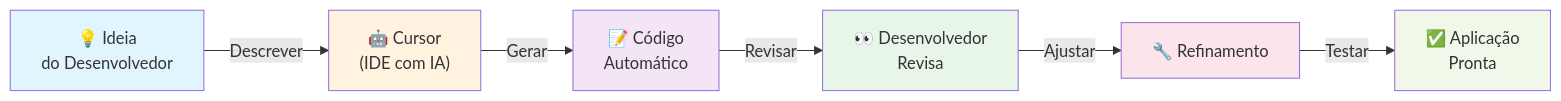
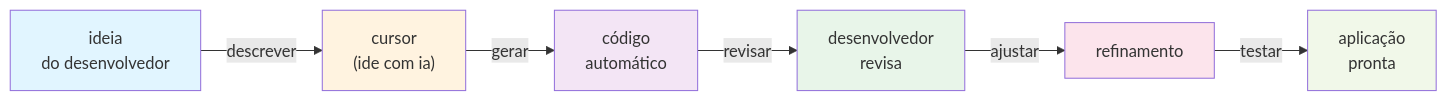
Before and after one commit to otavio-lemos/fudAI-se: the fourth of 11 diagrams in README.md, drawn with Mermaid. The commit also changed other lines of this file and 2 other files, not shown here.

````diff
--- a/README.md
+++ b/README.md
@@ -725,15 +734,15 @@
 ```mermaid
 graph LR
-    A["💡 Ideia<br/>do Desenvolvedor"] -->|Descrever| B["🤖 Cursor<br/>(IDE com IA)"]
-    B -->|Gerar| C["📝 Código<br/>Automático"]
-    C -->|Revisar| D["👀 Desenvolvedor<br/>Revisa"]
-    D -->|Ajustar| E["🔧 Refinamento"]
-    E -->|Testar| F["✅ Aplicação<br/>Pronta"]
+    a["ideia<br/>do desenvolvedor"] -->|descrever| b["cursor<br/>(ide com ia)"]
+    b -->|gerar| c["código<br/>automático"]
+    c -->|revisar| d["desenvolvedor<br/>revisa"]
+    d -->|ajustar| e["refinamento"]
+    e -->|testar| f["aplicação<br/>pronta"]
     
-    style A fill:#e1f5ff
-    style B fill:#fff3e0
-    style C fill:#f3e5f5
-    style D fill:#e8f5e9
-    style E fill:#fce4ec
-    style F fill:#f1f8e9
+    style a fill:#e1f5ff
+    style b fill:#fff3e0
+    style c fill:#f3e5f5
+    style d fill:#e8f5e9
+    style e fill:#fce4ec
+    style f fill:#f1f8e9
 ```
````
